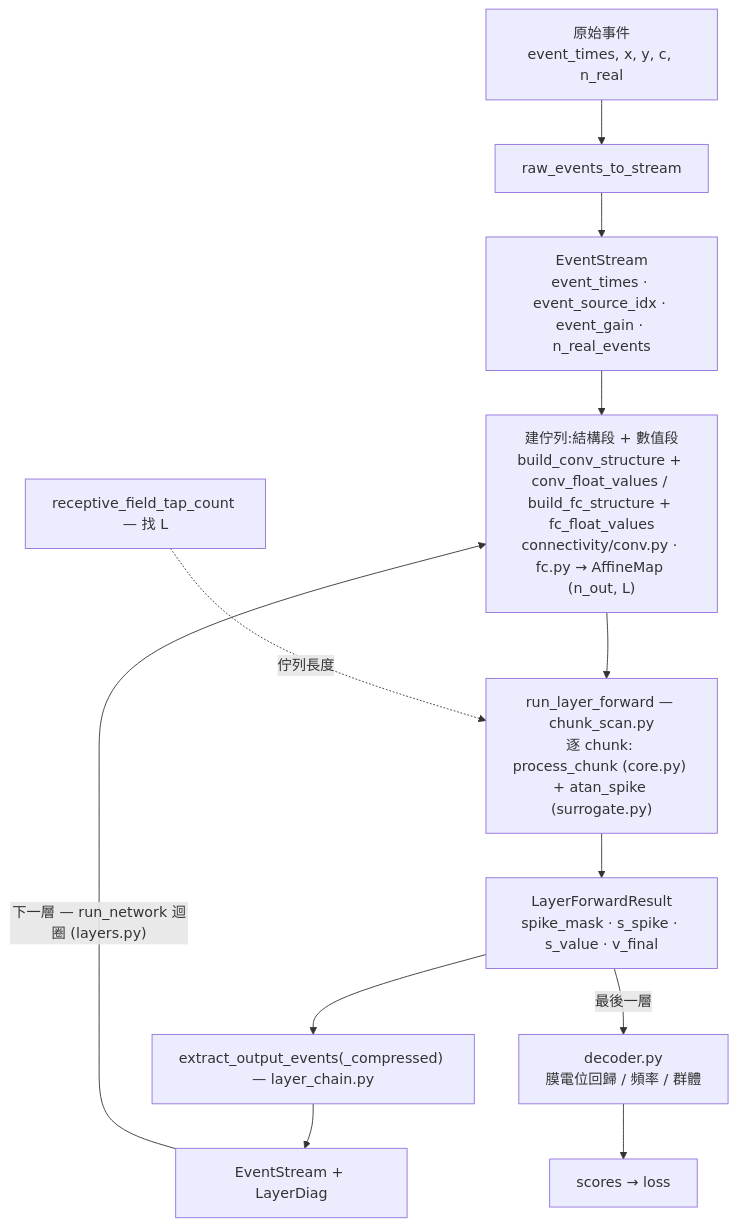
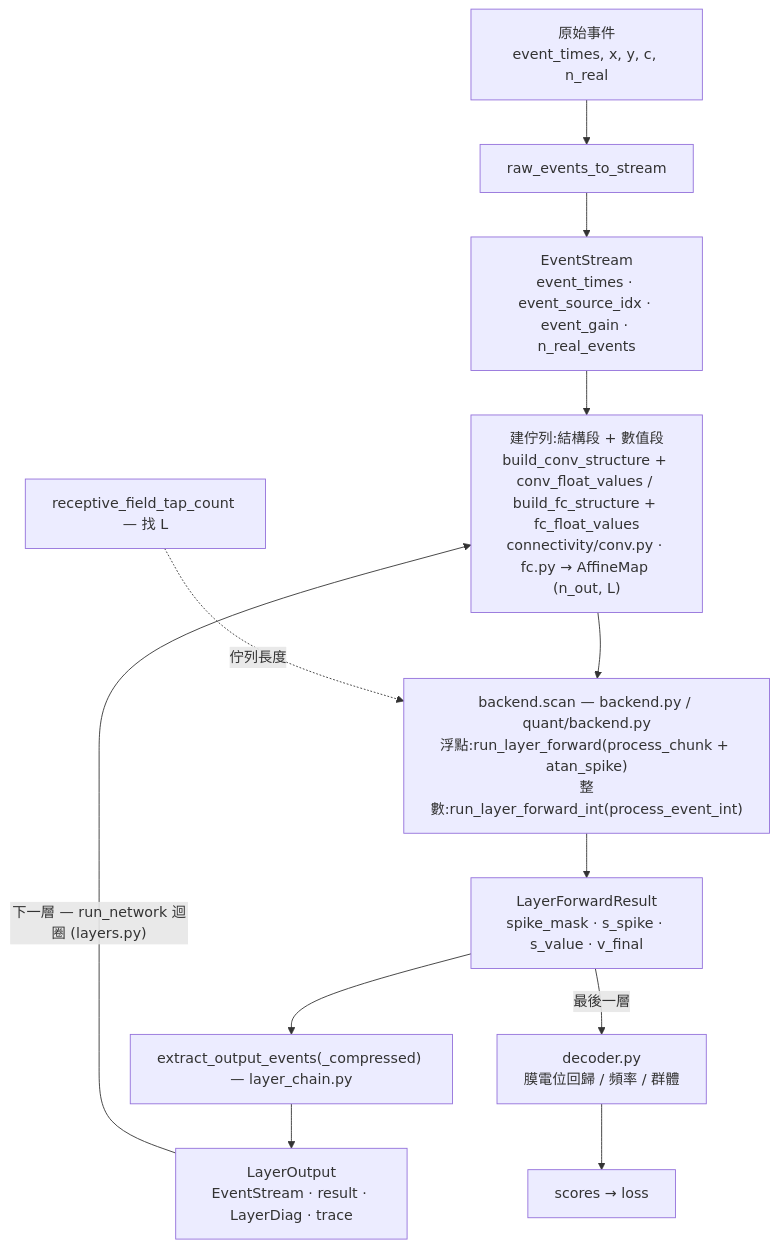
The first of 2 diagrams in docs/架構.md (Salt-Shio/Spiking-Affine-Lazy-Training), drawn with Mermaid before and after one commit. The commit also changed other lines of this file and 26 other files, not shown here.

First line of the commit message:
架構審查階段 5.2b:backend、單一 forward、單一 run_network

````diff
--- a/docs/架構.md
+++ b/docs/架構.md
@@ -14,14 +14,14 @@
 ```mermaid
 flowchart TD
     RAW["原始事件<br/>event_times, x, y, c, n_real"] --> R2S["raw_events_to_stream"]
     R2S --> ES["EventStream<br/>event_times · event_source_idx · event_gain · n_real_events"]
     ES --> BQ["建佇列:結構段 + 數值段<br/>build_conv_structure + conv_float_values / build_fc_structure + fc_float_values<br/>connectivity/conv.py · fc.py → AffineMap (n_out, L)"]
-    BQ --> RLF["run_layer_forward — chunk_scan.py<br/>逐 chunk: process_chunk (core.py) + atan_spike (surrogate.py)"]
+    BQ --> RLF["backend.scan — backend.py / quant/backend.py<br/>浮點:run_layer_forward(process_chunk + atan_spike)<br/>整數:run_layer_forward_int(process_event_int)"]
     RLF --> LFR["LayerForwardResult<br/>spike_mask · s_spike · s_value · v_final"]
     LFR --> EXO["extract_output_events(_compressed) — layer_chain.py"]
-    EXO --> ESN["EventStream + LayerDiag"]
+    EXO --> ESN["LayerOutput<br/>EventStream · result · LayerDiag · trace"]
     ESN -->|"下一層 — run_network 迴圈 (layers.py)"| BQ
     LFR -->|"最後一層"| DEC["decoder.py<br/>膜電位回歸 / 頻率 / 群體"]
     DEC --> SC["scores → loss"]
     RFT["receptive_field_tap_count — 找 L"] -. 佇列長度 .-> RLF
 ```
````
